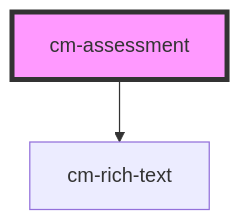
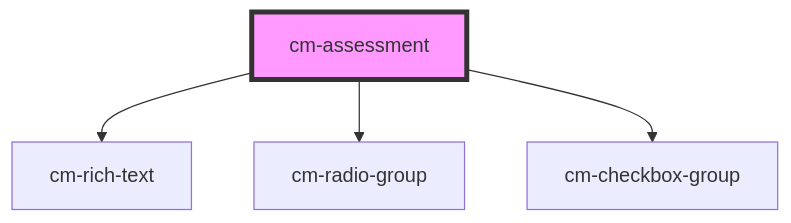
The diagram in src/components/cm-assessment/readme.md (andriivarhanov/cm-assessment), drawn with Mermaid before and after one commit. The commit also changed other lines of this file and 9 other files, not shown here.

````diff
--- a/src/components/cm-assessment/readme.md
+++ b/src/components/cm-assessment/readme.md
@@ -26,5 +28,7 @@
 ```mermaid
 graph TD;
   cm-assessment --> cm-rich-text
+  cm-assessment --> cm-radio-group
+  cm-assessment --> cm-checkbox-group
   style cm-assessment fill:#f9f,stroke:#333,stroke-width:4px
 ```
````
